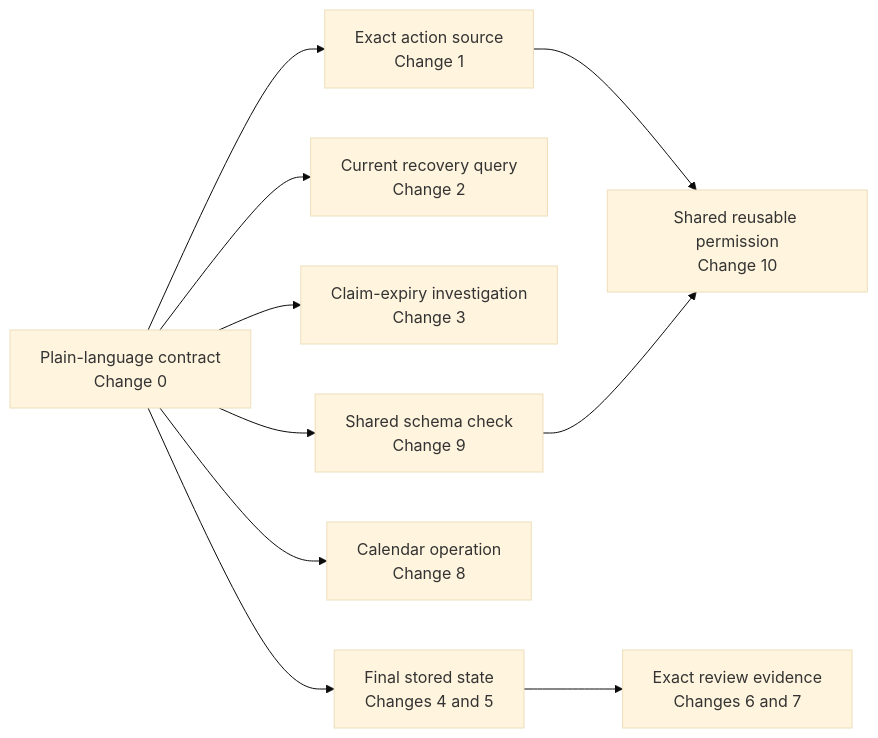
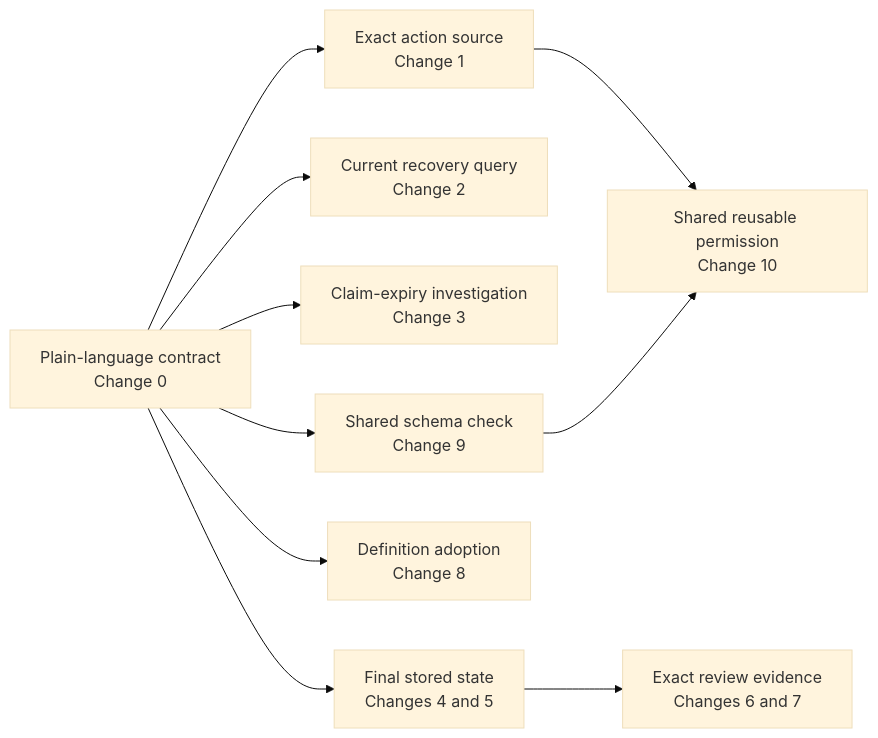
The third of 29 diagrams in docs/superpowers/plans/2026-08-08-noema-practical-reliability-roadmap.md (kpsuperplane/Noema), drawn with Mermaid (base theme) before and after one commit. The commit also changed other lines of this file, not shown here.

Commit message:
docs: make reliability roadmap tool-neutral

````diff
--- a/docs/superpowers/plans/2026-08-08-noema-practical-reliability-roadmap.md
+++ b/docs/superpowers/plans/2026-08-08-noema-practical-reliability-roadmap.md
@@ -129,19 +129,19 @@
 ```mermaid
 flowchart LR
     L["Plain-language contract<br/>Change 0"]
     A["Exact action source<br/>Change 1"]
     Q["Current recovery query<br/>Change 2"]
     X["Claim-expiry investigation<br/>Change 3"]
     S["Final stored state<br/>Changes 4 and 5"]
     R["Exact review evidence<br/>Changes 6 and 7"]
-    C["Calendar operation<br/>Change 8"]
+    C["Definition adoption<br/>Change 8"]
     V["Shared schema check<br/>Change 9"]
     P["Shared reusable permission<br/>Change 10"]
 
     L --> A --> P
     L --> V --> P
     L --> Q
     L --> X
     L --> S --> R
     L --> C
 ```
````
